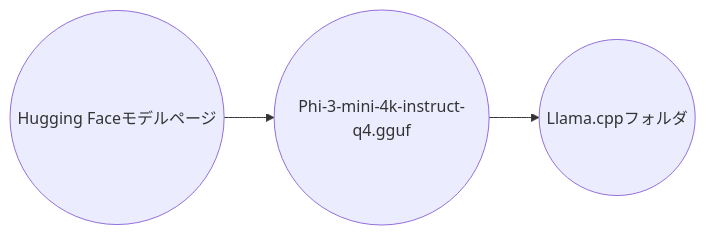
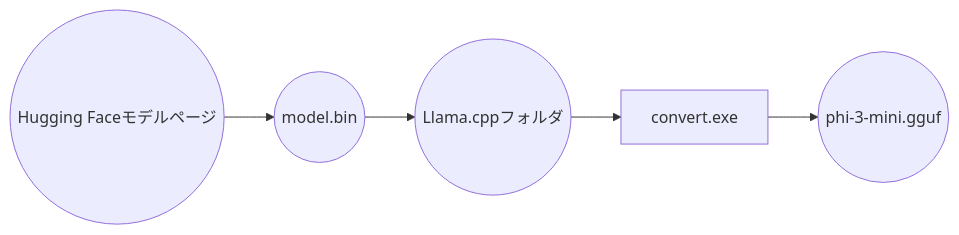
Before and after one commit to SparklingDetergent/doc_genai_Run_local_LLM_with_Llama.cpp_and_Phi-3_mini: the second of 4 diagrams in README.md, drawn with Mermaid. The commit also changed other lines of this file, not shown here.

````diff
--- a/README.md
+++ b/README.md
@@ -37,6 +38,7 @@
 ```mermaid
 graph LR
-    A((Hugging Faceモデルページ)) --> B((Phi-3-mini-4k-instruct-q4.gguf))
+    A((Hugging Faceモデルページ)) --> B((model.bin))
     B --> C((Llama.cppフォルダ))
-
+    C --> D[convert.exe]
+    D --> E((phi-3-mini.gguf))
 ```
````
